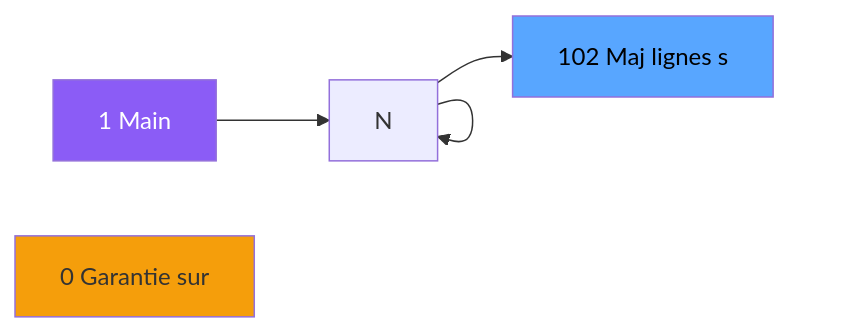
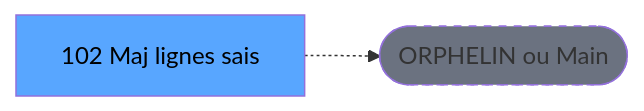
One commit to thonyAGP/lecteur-magic changed the second of 3 diagrams in .openspec/specs/ADH-IDE-102.md. Above: the diagram before and after it, drawn with Mermaid. The commit also changed other lines of this file and 701 other files, not shown here.

````diff
--- a/.openspec/specs/ADH-IDE-102.md
+++ b/.openspec/specs/ADH-IDE-102.md
@@ -121,13 +120,8 @@
 ```mermaid
 graph LR
-    M[1 Main]
-    N0[0 Garantie sur]
-    T[102 Maj lignes s]
-    M --> N
-    N --> N
-    N --> N
-    N --> T
-    style M fill:#8b5cf6,color:#fff
-    style N0 fill:#f59e0b
+    T[102 Maj lignes sais]
+    ORPHAN([ORPHELIN ou Main])
+    T -.-> ORPHAN
     style T fill:#58a6ff,color:#000
+    style ORPHAN fill:#6b7280,stroke-dasharray: 5 5
 ```
````
